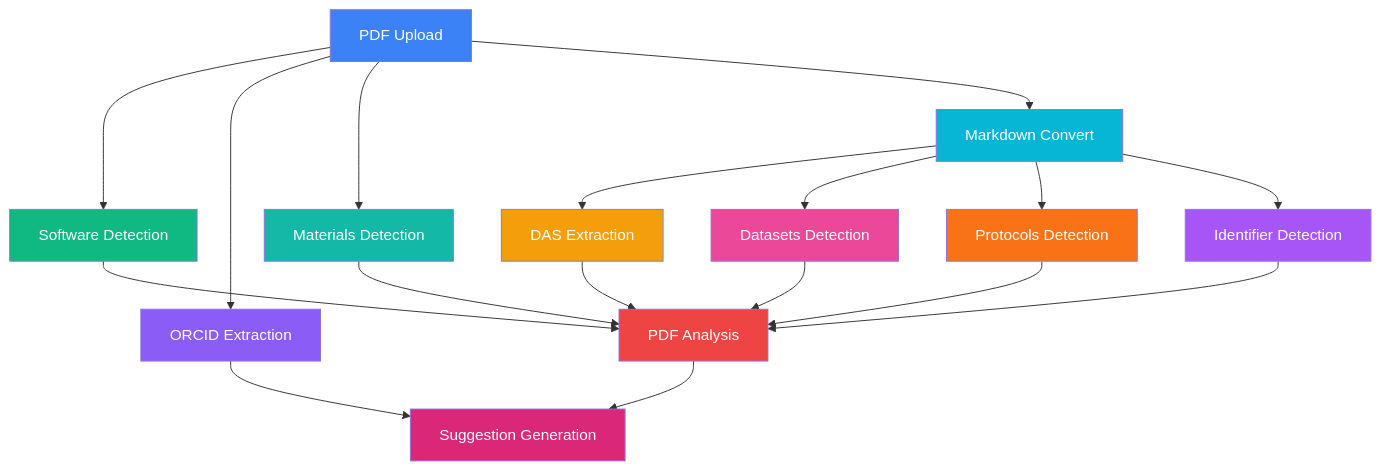
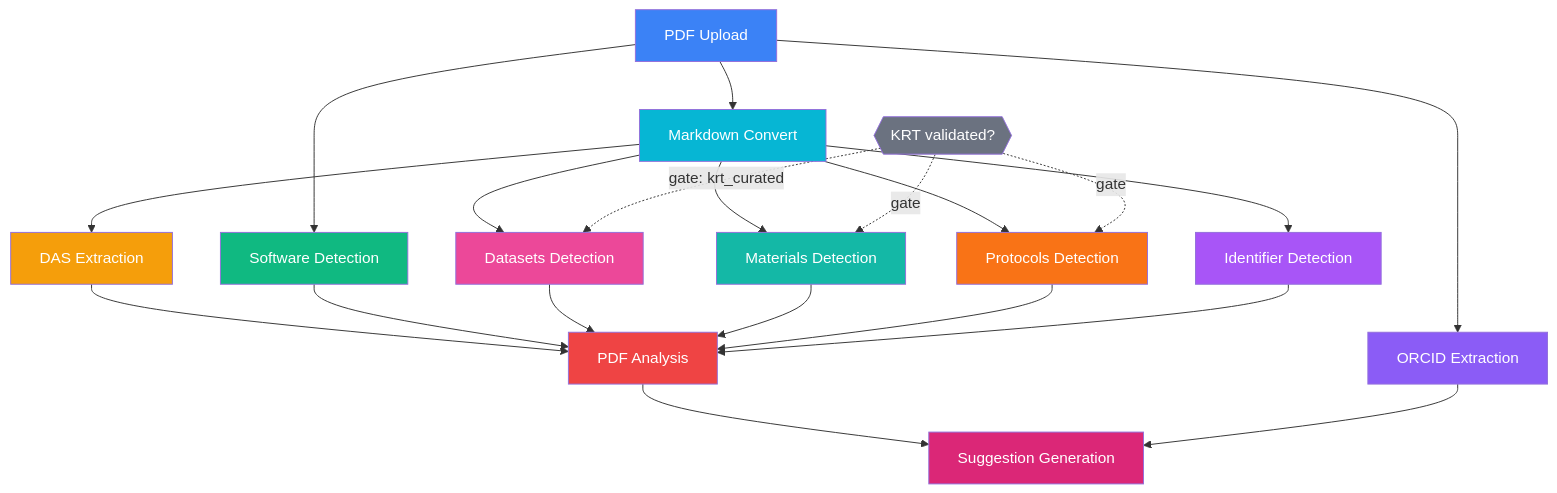
Before and after one commit to DataSeer/asap-kr-sync: the fourth of 4 diagrams in docs/architecture.md, drawn with Mermaid. The commit also changed other lines of this file and 7 other files, not shown here.

First line of the commit message:
docs: document KRT-validation gate, batch endpoint, and modal search UI

````diff
--- a/docs/architecture.md
+++ b/docs/architecture.md
@@ -159,31 +159,35 @@
 ```mermaid
 graph TD
     PDF[PDF Upload] --> SW[Software Detection]
     PDF --> ORCID[ORCID Extraction]
-    PDF --> MAT[Materials Detection]
     PDF --> MD[Markdown Convert]
     MD --> DAS[DAS Extraction]
     MD --> DS[Datasets Detection]
+    MD --> MAT[Materials Detection]
     MD --> PROT[Protocols Detection]
     MD --> ID[Identifier Detection]
+    KRTV{{KRT validated?}} -.->|gate: krt_curated| DS
+    KRTV -.->|gate| MAT
+    KRTV -.->|gate| PROT
     DAS --> PA[PDF Analysis]
     SW --> PA
     DS --> PA
     MAT --> PA
     PROT --> PA
     ID --> PA
     PA --> SG[Suggestion Generation]
     ORCID --> SG
 
     style PDF fill:#3b82f6,color:#fff
     style DAS fill:#f59e0b,color:#fff
     style SW fill:#10b981,color:#fff
     style ORCID fill:#8b5cf6,color:#fff
     style MD fill:#06b6d4,color:#fff
     style DS fill:#ec4899,color:#fff
     style MAT fill:#14b8a6,color:#fff
     style PROT fill:#f97316,color:#fff
     style ID fill:#a855f7,color:#fff
     style PA fill:#ef4444,color:#fff
     style SG fill:#db2777,color:#fff
+    style KRTV fill:#6b7280,color:#fff
 ```
````
